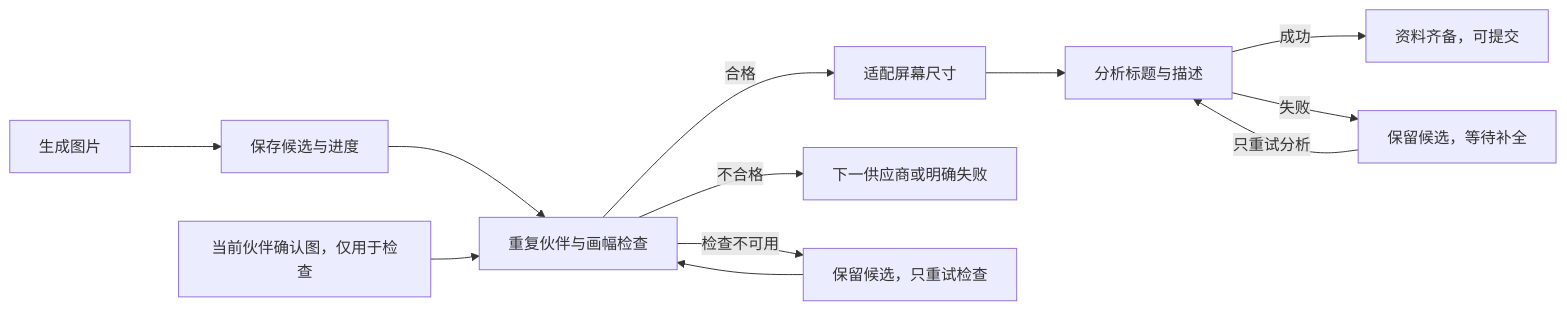
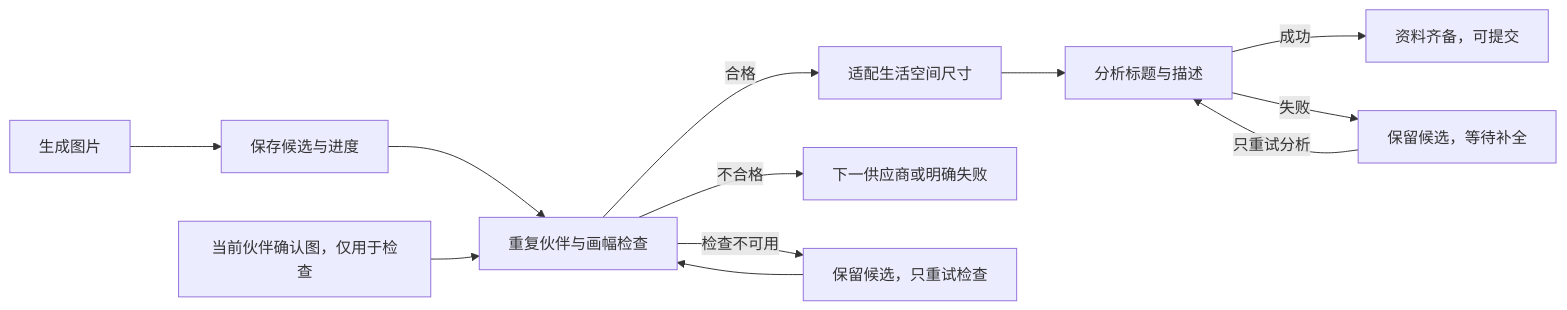
Before and after one commit to yangjinming1062/SpiritAgent: the second of 2 diagrams in docs/PIPELINE.md, drawn with Mermaid. The commit also changed other lines of this file and 128 other files, not shown here.

````diff
--- a/docs/PIPELINE.md
+++ b/docs/PIPELINE.md
@@ -72,14 +75,14 @@
 ```mermaid
 flowchart LR
     Generate[生成图片] --> Save[保存候选与进度]
     Save --> Review[重复伙伴与画幅检查]
     Companion[当前伙伴确认图，仅用于检查] --> Review
-    Review -->|合格| Fit[适配屏幕尺寸]
+    Review -->|合格| Fit[适配生活空间尺寸]
     Review -->|不合格| Next[下一供应商或明确失败]
     Review -->|检查不可用| Retry[保留候选，只重试检查]
     Retry --> Review
     Fit --> Analyze[分析标题与描述]
     Analyze -->|成功| Ready[资料齐备，可提交]
     Analyze -->|失败| Keep[保留候选，等待补全]
     Keep -->|只重试分析| Analyze
 ```
````
